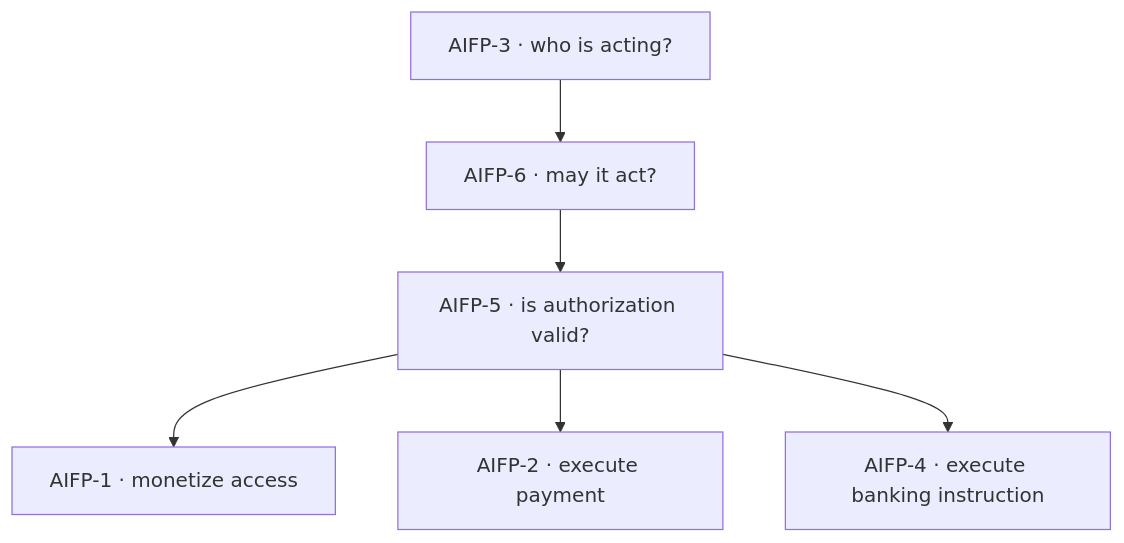
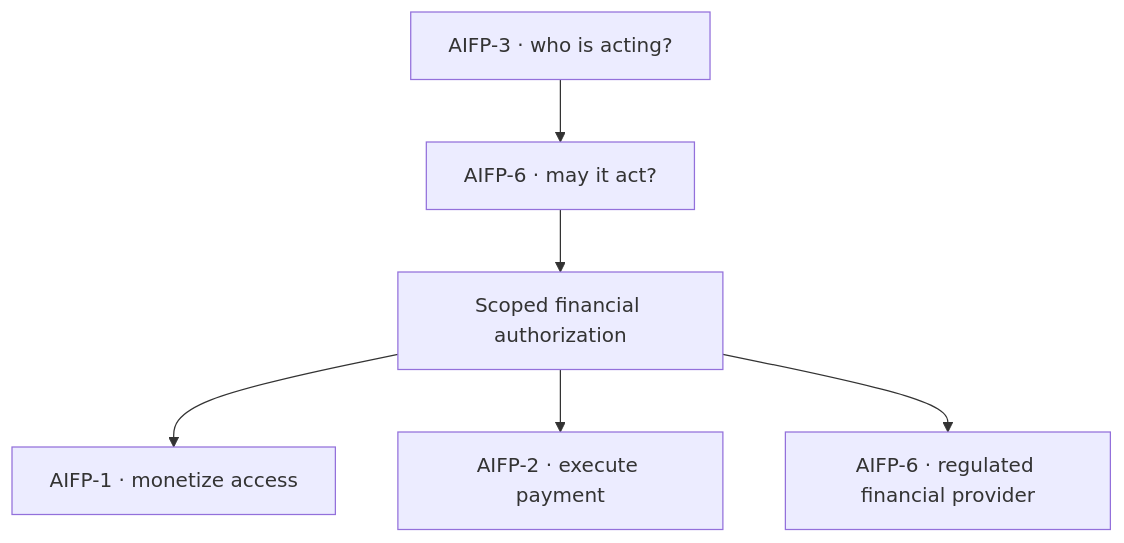
The third of 3 diagrams in README.md (AiFinPay/AIFP-3), drawn with Mermaid before and after one commit. The commit also changed other lines of this file and 2 other files, not shown here.

Commit message:
docs: align Passport financial ownership with founder target

````diff
--- a/README.md
+++ b/README.md
@@ -118,8 +118,8 @@
 ```mermaid
 flowchart TD
   P3["AIFP-3 · who is acting?"] --> P6["AIFP-6 · may it act?"]
-  P6 --> P5["AIFP-5 · is authorization valid?"]
-  P5 --> P1["AIFP-1 · monetize access"]
-  P5 --> P2["AIFP-2 · execute payment"]
-  P5 --> P4["AIFP-4 · execute banking instruction"]
+  P6 --> Auth["Scoped financial authorization"]
+  Auth --> P1["AIFP-1 · monetize access"]
+  Auth --> P2["AIFP-2 · execute payment"]
+  Auth --> Bank["AIFP-6 · regulated financial provider"]
 ```
````
